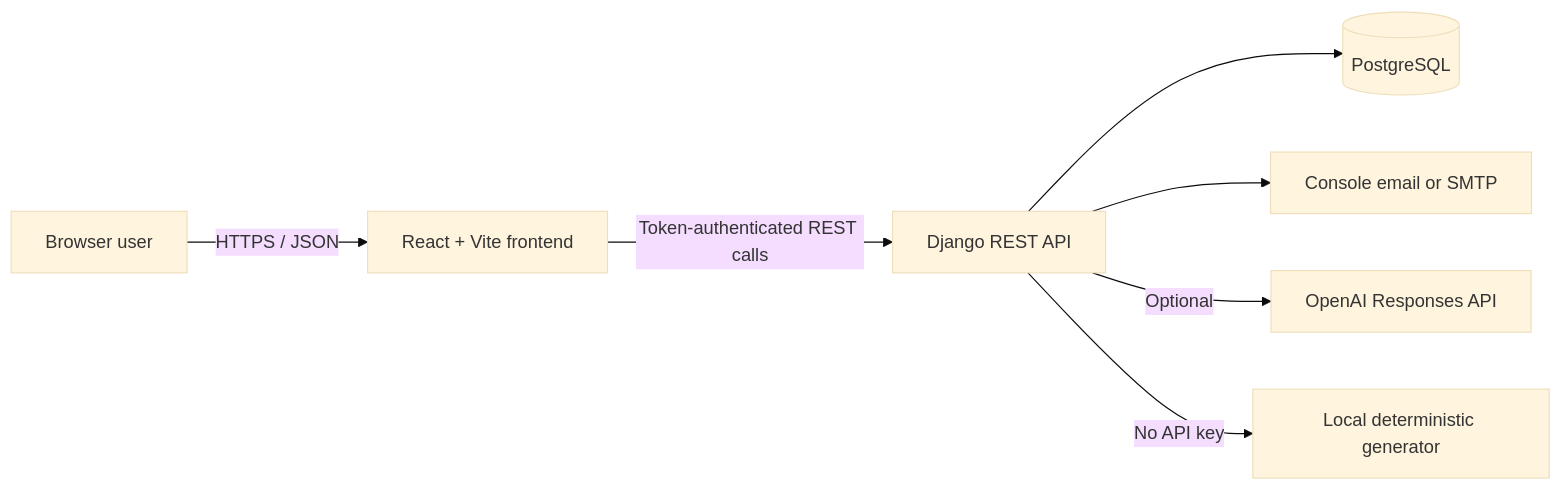
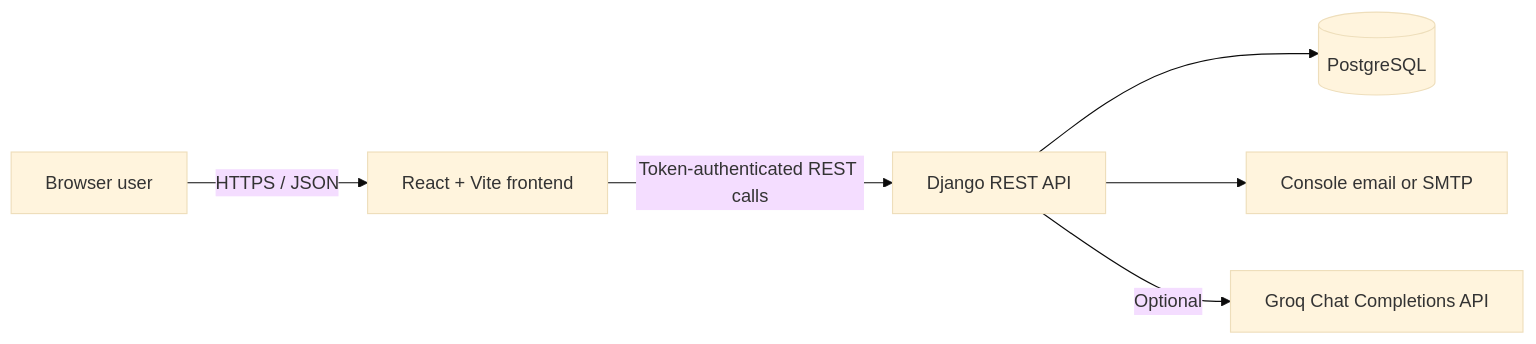
The first of 4 diagrams in ARCHITECTURE.md (himanshuk-dev/daily-trivia), drawn with Mermaid (base theme) before and after one commit. The commit also changed other lines of this file and 9 other files, not shown here.

````diff
--- a/ARCHITECTURE.md
+++ b/ARCHITECTURE.md
@@ -11,9 +11,8 @@
 ```mermaid
 flowchart LR
     User[Browser user] -->|HTTPS / JSON| Frontend[React + Vite frontend]
     Frontend -->|Token-authenticated REST calls| API[Django REST API]
     API --> DB[(PostgreSQL)]
     API --> Email[Console email or SMTP]
-    API -->|Optional| OpenAI[OpenAI Responses API]
-    API -->|No API key| Fallback[Local deterministic generator]
+    API -->|Optional| Groq[Groq Chat Completions API]
 ```
````
